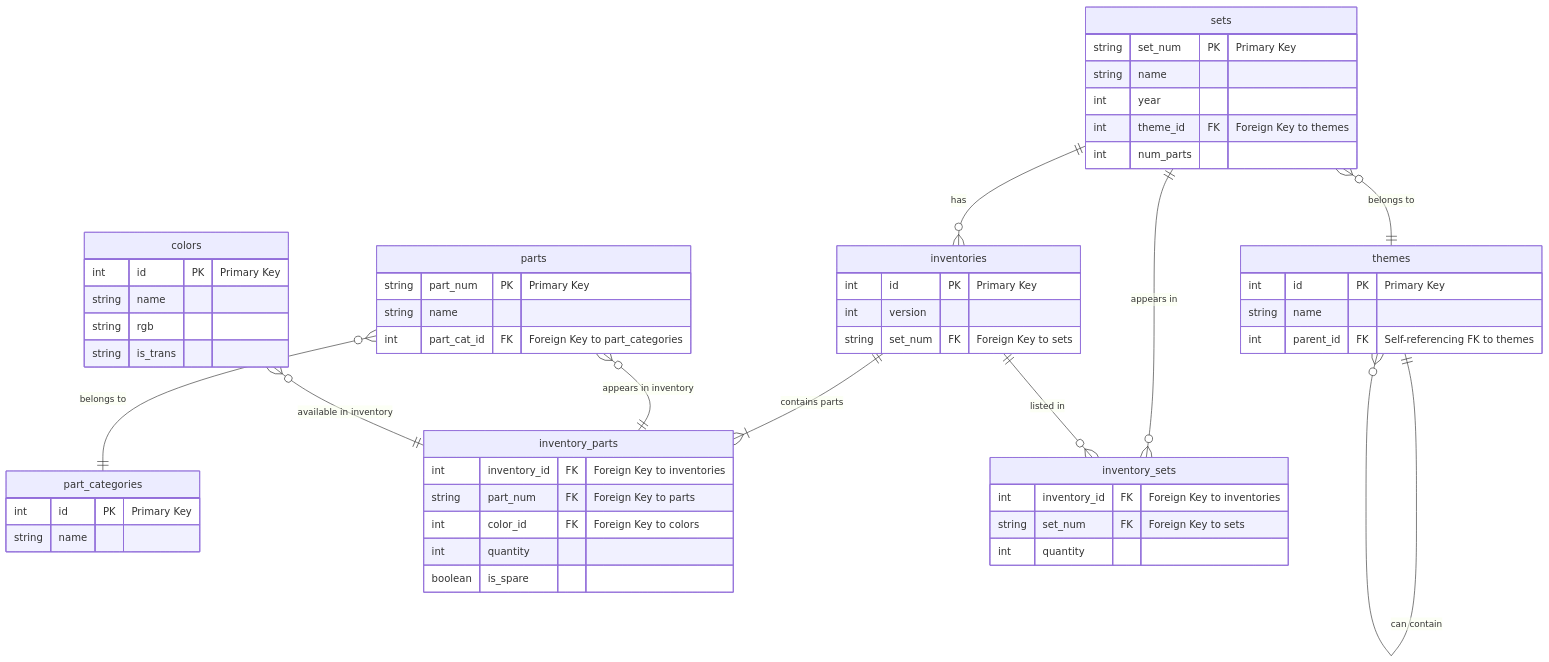
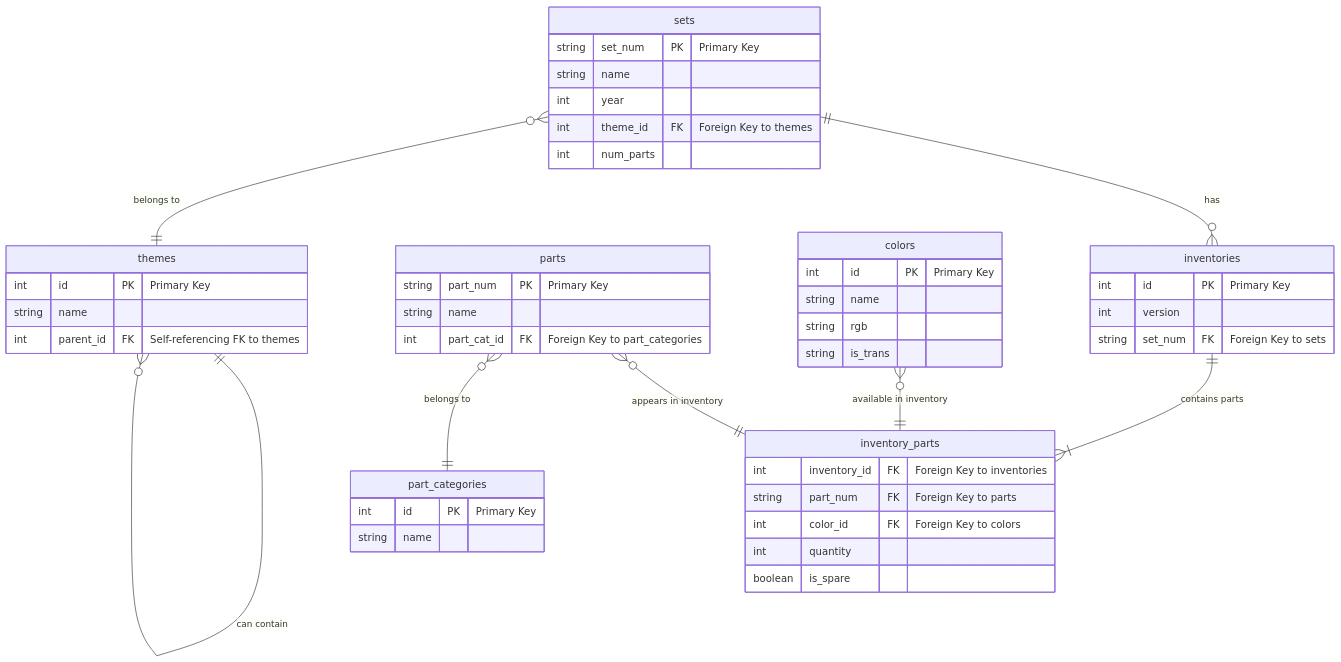
One commit to gregsingson/Lego changed the diagram in erd.mermaid. Above: the diagram before and after it, drawn with Mermaid. The commit also changed 5 other files, not shown here.

Commit message:
fixes to ERD, DDL, t or f values to 1 or 0

```diff
--- a/erd.mermaid
+++ b/erd.mermaid
@@ -1,62 +1,54 @@
 erDiagram
     sets {
         string set_num PK "Primary Key"
         string name
         int year
         int theme_id FK "Foreign Key to themes"
         int num_parts
     }
     themes {
         int id PK "Primary Key"
         string name
         int parent_id FK "Self-referencing FK to themes"
     }
     parts {
         string part_num PK "Primary Key"
         string name
         int part_cat_id FK "Foreign Key to part_categories"
     }
     part_categories {
         int id PK "Primary Key"
         string name
     }
     colors {
         int id PK "Primary Key"
         string name
         string rgb
         string is_trans
     }
     inventories {
         int id PK "Primary Key"
         int version
         string set_num FK "Foreign Key to sets"
     }
     inventory_parts {
         int inventory_id FK "Foreign Key to inventories"
         string part_num FK "Foreign Key to parts"
         int color_id FK "Foreign Key to colors"
         int quantity
         boolean is_spare
         %% Composite PK (inventory_id, part_num, color_id, is_spare) - Implied %%
     }
-    inventory_sets {
-        int inventory_id FK "Foreign Key to inventories"
-        string set_num FK "Foreign Key to sets"
-        int quantity
-        %% Composite PK (inventory_id, set_num) - Implied %%
-    }
 
      %% Relationships %%
     sets ||--o{ inventories : "has"
-    sets ||--o{ inventory_sets : "appears in"
     sets }o--|| themes : "belongs to"
     themes ||--o{ themes : "can contain" 
     %% Self-referencing relationship %%
 
     inventories ||--|{ inventory_parts : "contains parts"
-    inventories ||--o{ inventory_sets : "listed in"
 
     parts }o--|| inventory_parts : "appears in inventory"
     parts }o--|| part_categories : "belongs to"
 
     colors }o--|| inventory_parts : "available in inventory"
```
